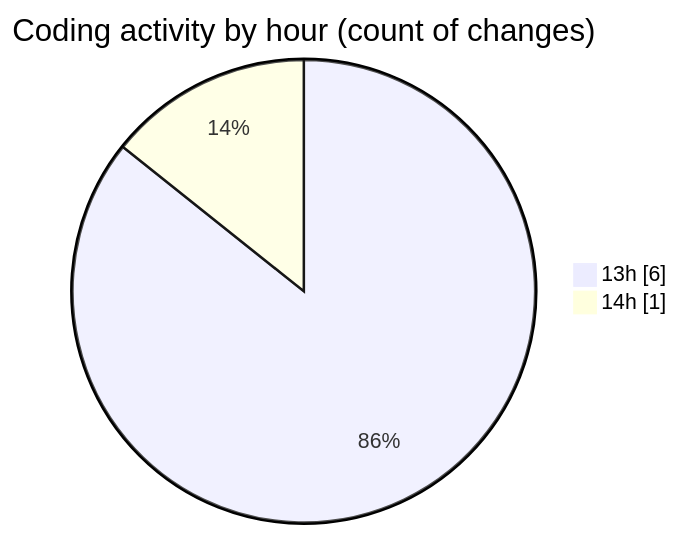
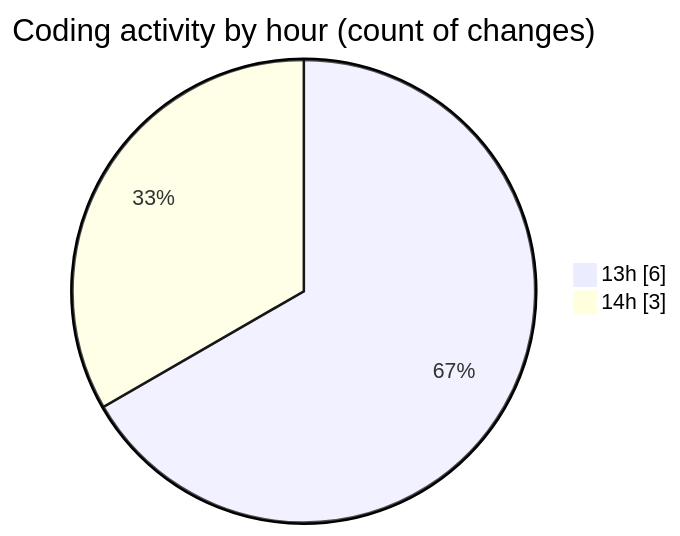
One commit to Elitesun/code-tracking changed the second of 2 diagrams in 2025-05-17/niten/README.md. Above: the diagram before and after it, drawn with Mermaid. The commit also changed other lines of this file and 1 other file, not shown here.

````diff
--- a/2025-05-17/niten/README.md
+++ b/2025-05-17/niten/README.md
@@ -30,6 +31,6 @@
 ```mermaid
 pie showData
 title Coding activity by hour (count of changes)
 "13h" : 6
-"14h" : 1
+"14h" : 3
 ```
````
